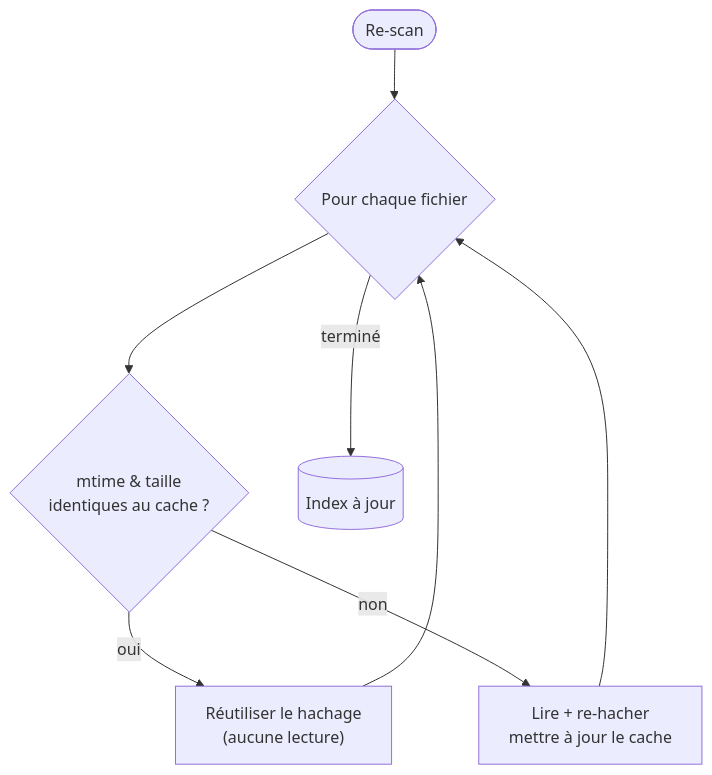
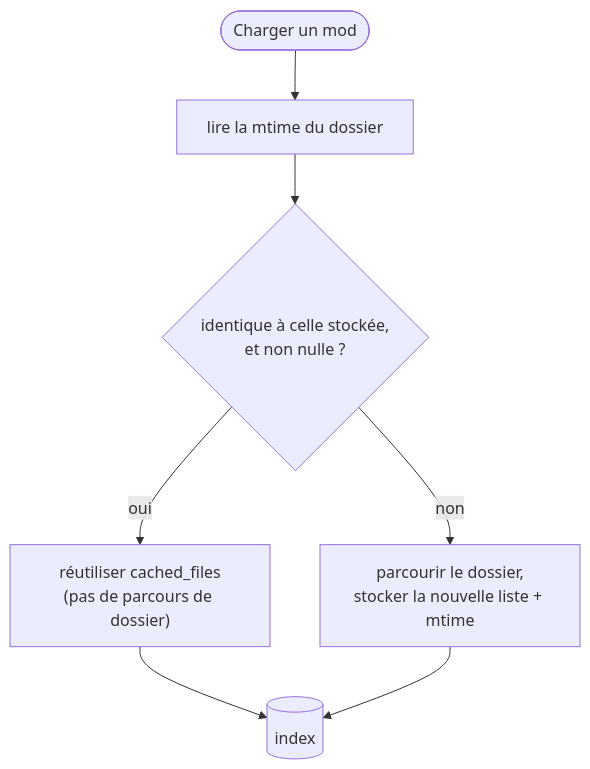
The diagram in docs/how-it-works/scanning-cache.fr.md (FreeProject089/BMM-Docs), drawn with Mermaid before and after one commit. The commit also changed other lines of this file and 7 other files, not shown here.

````diff
--- a/docs/how-it-works/scanning-cache.fr.md
+++ b/docs/how-it-works/scanning-cache.fr.md
@@ -14,10 +23,9 @@
 ```mermaid
 flowchart TB
-    START([Re-scan]) --> LOOP{Pour chaque fichier}
-    LOOP --> CHECK{"mtime &amp; taille<br/>identiques au cache ?"}
-    CHECK -- oui --> REUSE["Réutiliser le hachage<br/>(aucune lecture)"]
-    CHECK -- non --> REHASH["Lire + re-hacher<br/>mettre à jour le cache"]
-    REUSE --> LOOP
-    REHASH --> LOOP
-    LOOP -- terminé --> INDEX[(Index à jour)]
+    START([Charger un mod]) --> META["lire la mtime du dossier"]
+    META --> CMP{"identique à celle stockée,<br/>et non nulle ?"}
+    CMP -- oui --> REUSE["réutiliser cached_files<br/>(pas de parcours de dossier)"]
+    CMP -- non --> WALK["parcourir le dossier,<br/>stocker la nouvelle liste + mtime"]
+    REUSE --> IDX[(index)]
+    WALK --> IDX
 ```
````
